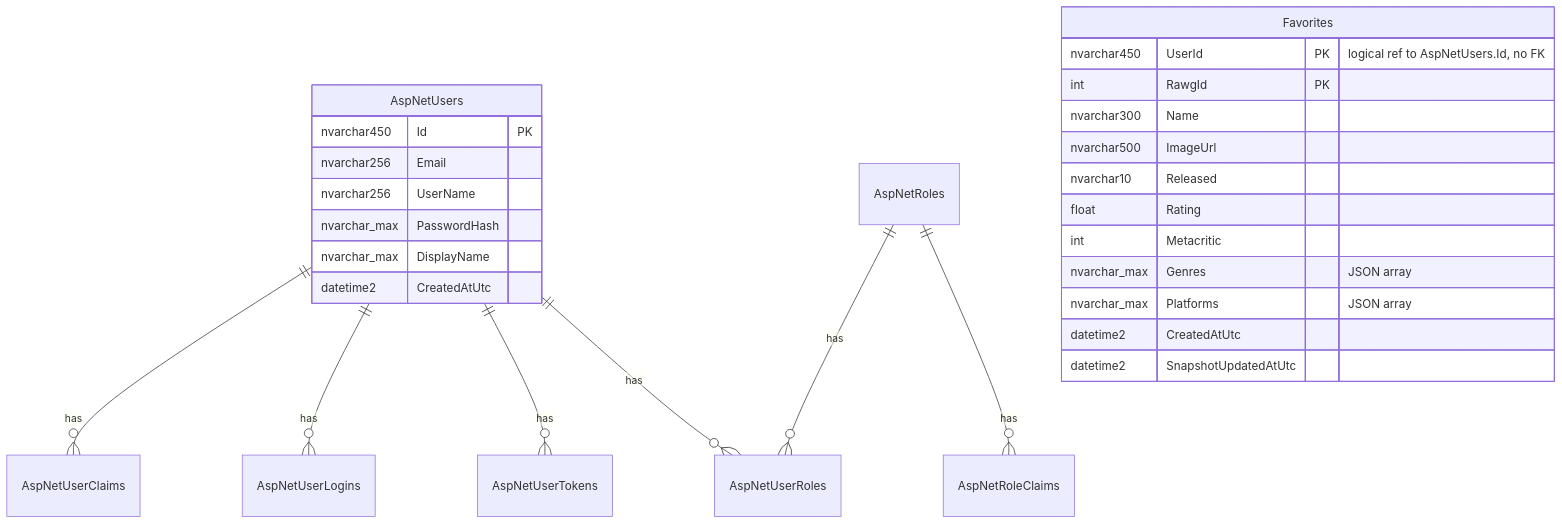
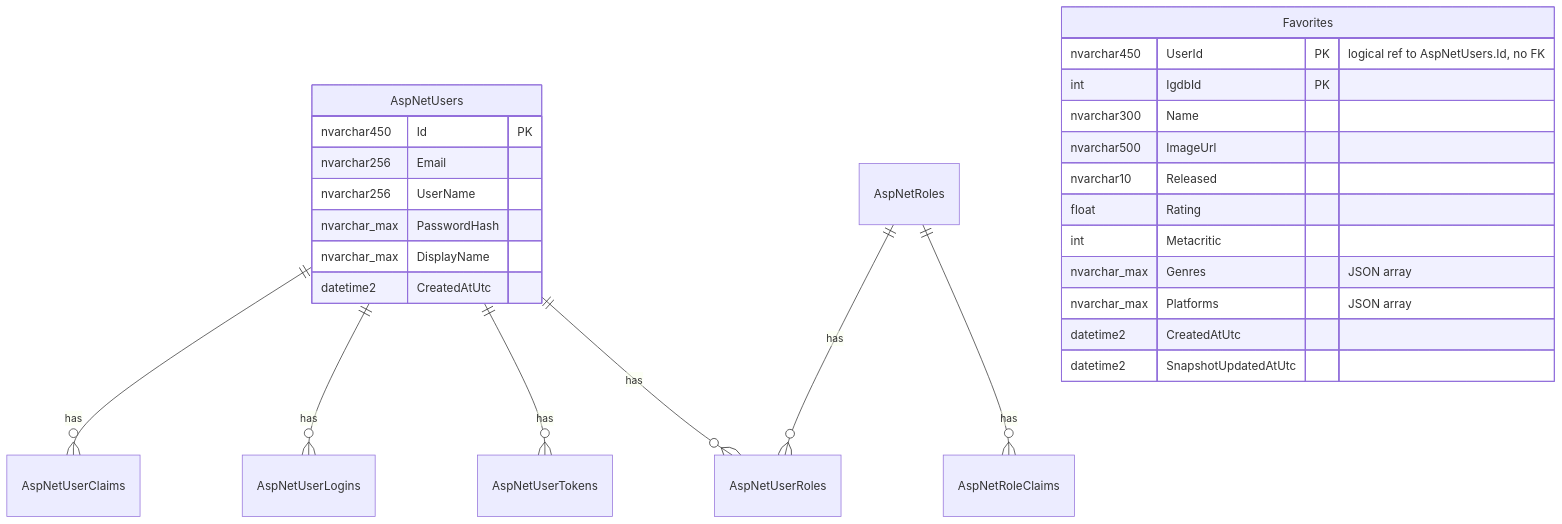
Before and after one commit to Terranova-hackathon/terranova: the diagram in docs/DATABASE.md, drawn with Mermaid. The commit also changed other lines of this file and 12 other files, not shown here.

````diff
--- a/docs/DATABASE.md
+++ b/docs/DATABASE.md
@@ -15,30 +15,30 @@
 ```mermaid
 erDiagram
     AspNetUsers ||--o{ AspNetUserClaims : has
     AspNetUsers ||--o{ AspNetUserLogins : has
     AspNetUsers ||--o{ AspNetUserTokens : has
     AspNetUsers ||--o{ AspNetUserRoles : has
     AspNetRoles ||--o{ AspNetUserRoles : has
     AspNetRoles ||--o{ AspNetRoleClaims : has
     AspNetUsers {
         nvarchar450 Id PK
         nvarchar256 Email
         nvarchar256 UserName
         nvarchar_max PasswordHash
         nvarchar_max DisplayName
         datetime2 CreatedAtUtc
     }
     Favorites {
         nvarchar450 UserId PK "logical ref to AspNetUsers.Id, no FK"
-        int RawgId PK
+        int IgdbId PK
         nvarchar300 Name
         nvarchar500 ImageUrl
         nvarchar10 Released
         float Rating
         int Metacritic
         nvarchar_max Genres "JSON array"
         nvarchar_max Platforms "JSON array"
         datetime2 CreatedAtUtc
         datetime2 SnapshotUpdatedAtUtc
     }
 ```
````
